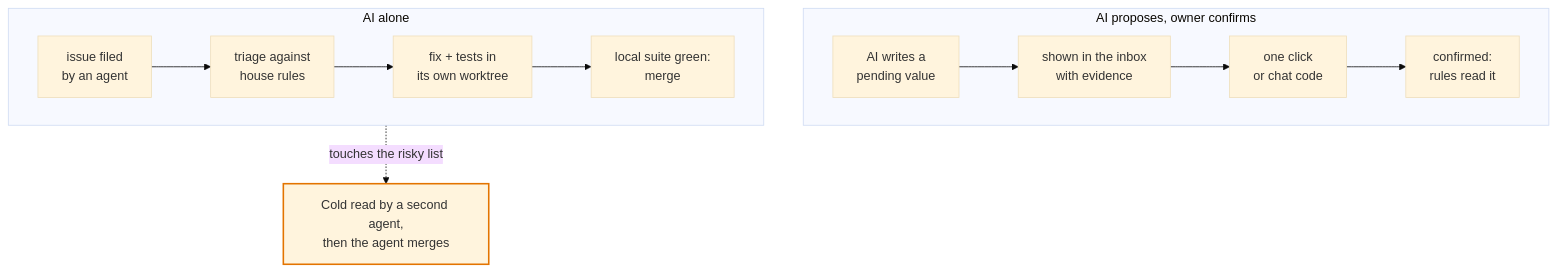
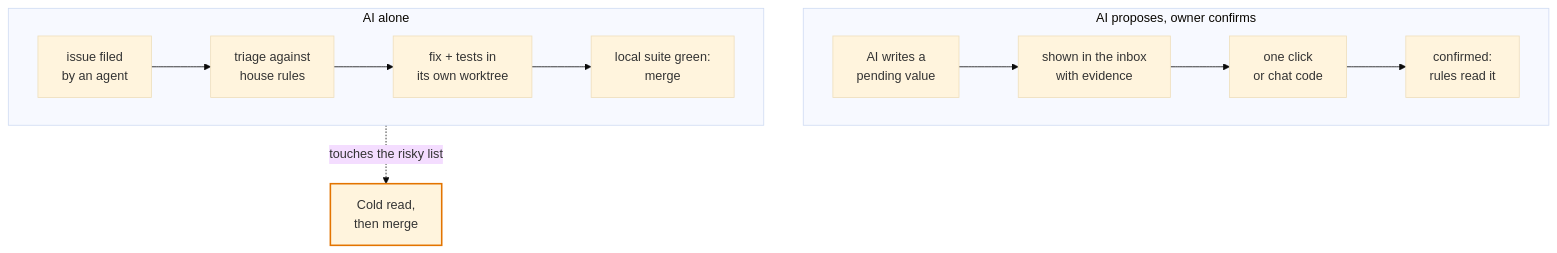
One commit to thaddeus-builds/skill-pack-playbook changed the second of 3 diagrams in README.md. Above: the diagram before and after it, drawn with Mermaid (base theme). The commit also changed other lines of this file, not shown here.

````diff
--- a/README.md
+++ b/README.md
@@ -50,14 +50,14 @@
 ```mermaid
 flowchart TB
     subgraph L2["AI proposes, owner confirms"]
       direction LR
       b1["AI writes a<br/>pending value"] --> b2["shown in the inbox<br/>with evidence"] --> b3["one click<br/>or chat code"] --> b4["confirmed:<br/>rules read it"]
     end
     subgraph L3["AI alone"]
       direction LR
       c1["issue filed<br/>by an agent"] --> c2["triage against<br/>house rules"] --> c3["fix + tests in<br/>its own worktree"] --> c4["local suite green:<br/>merge"]
     end
-    OM["Cold read by a second agent,<br/>then the agent merges"]:::risky
+    OM["Cold read,<br/>then merge"]:::risky
     L3 -. "touches the risky list" .-> OM
     classDef risky stroke:#e37400,stroke-width:2px
 ```
````
